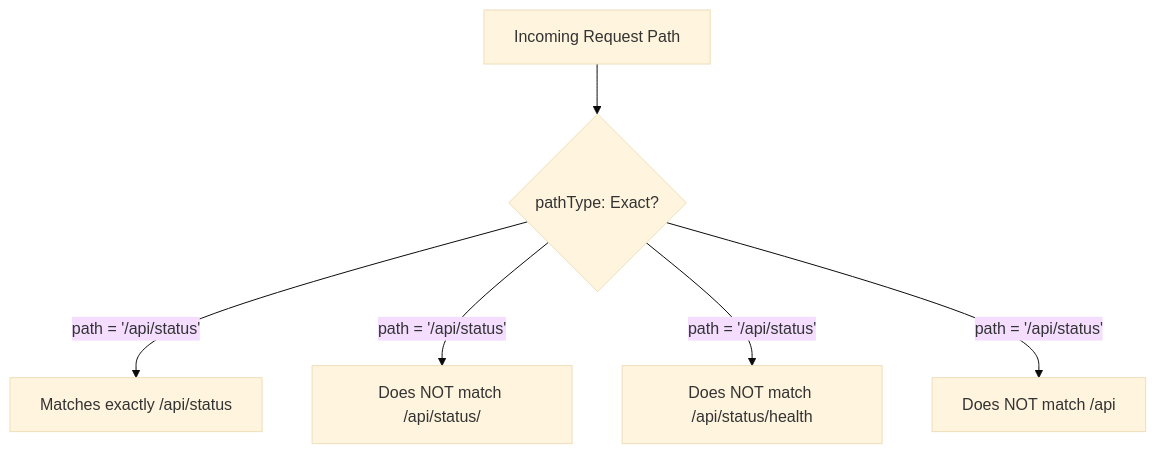
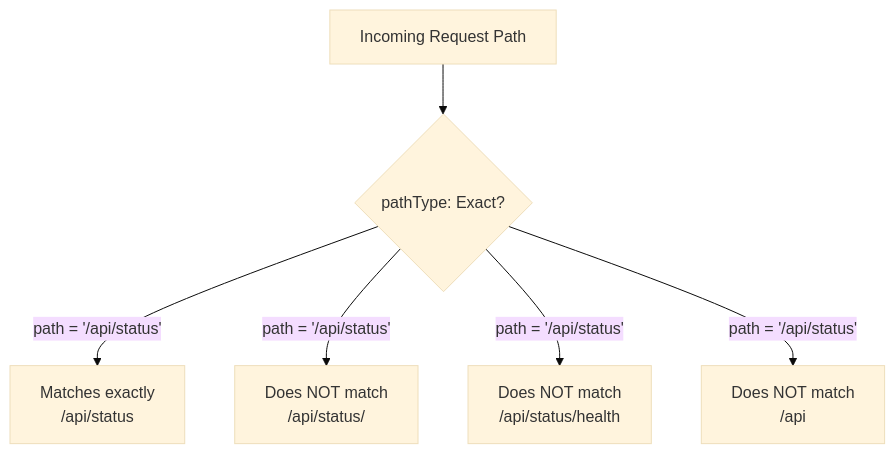
The second of 4 diagrams in 07-services/04-Ingress/2-mechanics/04-path-types.md (MattiaFanan/k8s-notes), drawn with Mermaid (base theme) before and after one commit. The commit also changed other lines of this file and 6 other files, not shown here.

````diff
--- a/07-services/04-Ingress/2-mechanics/04-path-types.md
+++ b/07-services/04-Ingress/2-mechanics/04-path-types.md
@@ -38,8 +37,8 @@
 ```mermaid
 flowchart TD
     A["Incoming Request Path"] --> B{"pathType: Exact?"}
-    B -->| path = '/api/status' | C["Matches exactly /api/status"]
-    B -->| path = '/api/status' | D["Does NOT match /api/status/"]
-    B -->| path = '/api/status' | E["Does NOT match /api/status/health"]
-    B -->| path = '/api/status' | F["Does NOT match /api"]
+    B -->| path = '/api/status' | C["Matches exactly<br/>/api/status"]
+    B -->| path = '/api/status' | D["Does NOT match<br/>/api/status/"]
+    B -->| path = '/api/status' | E["Does NOT match<br/>/api/status/health"]
+    B -->| path = '/api/status' | F["Does NOT match<br/>/api"]
 ```
````
